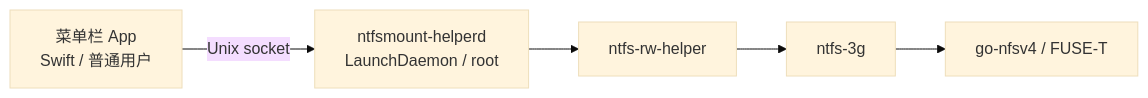
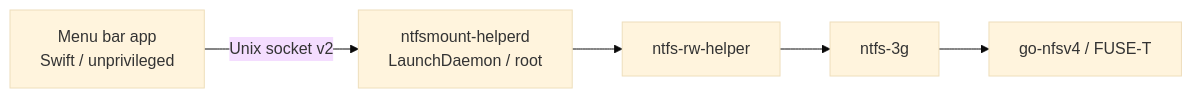
The diagram in README.md (bio-apple/NTFSMount), drawn with Mermaid (base theme) before and after one commit. The commit also changed other lines of this file and 41 other files, not shown here.

Commit message:
Ship 1.2.1 as a personal-use build with helper IPC v2, glanceable menu-bar status, and docs that match the UI.

````diff
--- a/README.md
+++ b/README.md
@@ -87,7 +84,7 @@
 ```mermaid
 flowchart LR
-  App["菜单栏 App<br/>Swift / 普通用户"] -->|Unix socket| D["ntfsmount-helperd<br/>LaunchDaemon / root"]
+  App["Menu bar app<br/>Swift / unprivileged"] -->|Unix socket v2| D["ntfsmount-helperd<br/>LaunchDaemon / root"]
   D --> H["ntfs-rw-helper"]
   H --> N["ntfs-3g"]
   N --> F["go-nfsv4 / FUSE-T"]
 ```
````
